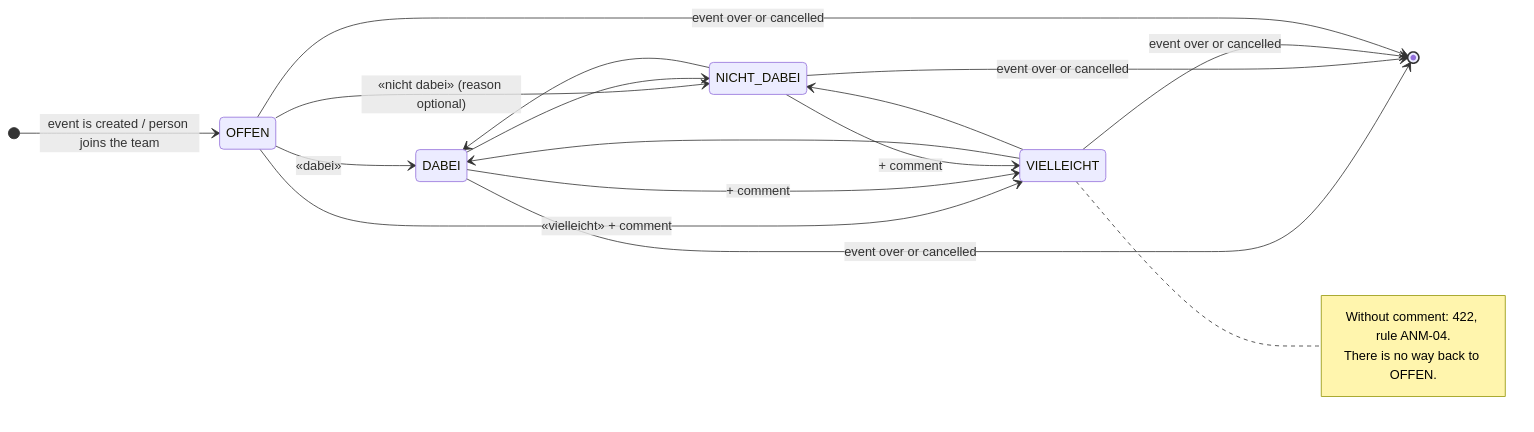
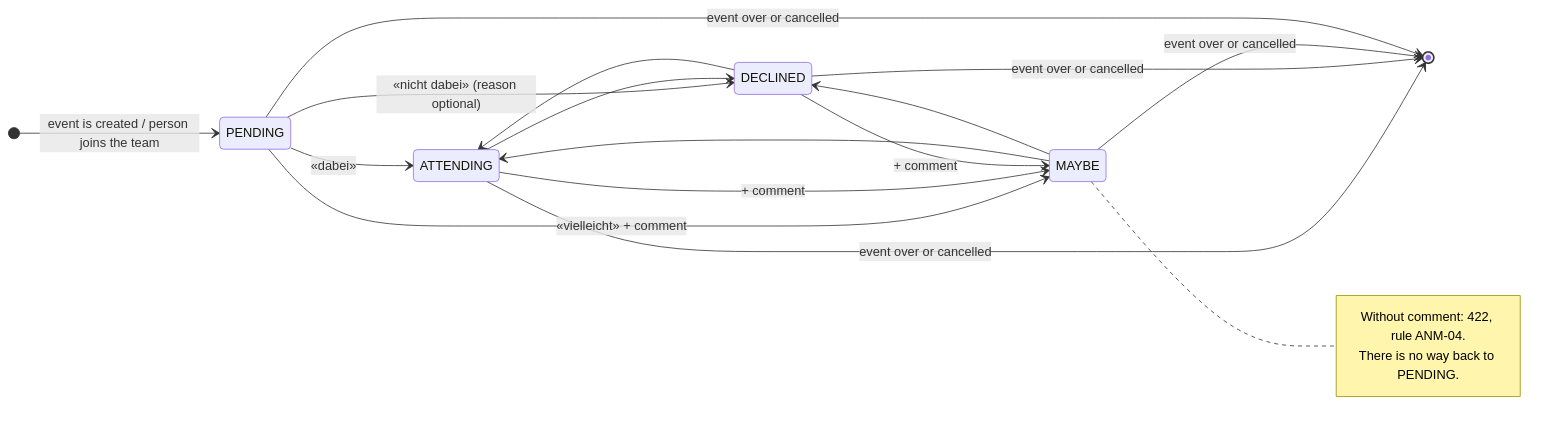
Before and after one commit to cyrilleulmi/StvBeroPlatform: the first of 13 diagrams in docs/states.md, drawn with Mermaid. The commit also changed other lines of this file and 435 other files, not shown here.

````diff
--- a/docs/states.md
+++ b/docs/states.md
@@ -11,23 +11,23 @@
 ```mermaid
 stateDiagram-v2
     direction LR
-    [*] --> OFFEN: event is created / person joins the team
-    OFFEN --> DABEI: «dabei»
-    OFFEN --> NICHT_DABEI: «nicht dabei» (reason optional)
-    OFFEN --> VIELLEICHT: «vielleicht» + comment
-    DABEI --> NICHT_DABEI
-    DABEI --> VIELLEICHT: + comment
-    NICHT_DABEI --> DABEI
-    NICHT_DABEI --> VIELLEICHT: + comment
-    VIELLEICHT --> DABEI
-    VIELLEICHT --> NICHT_DABEI
-    DABEI --> [*]: event over or cancelled
-    NICHT_DABEI --> [*]: event over or cancelled
-    VIELLEICHT --> [*]: event over or cancelled
-    OFFEN --> [*]: event over or cancelled
+    [*] --> PENDING: event is created / person joins the team
+    PENDING --> ATTENDING: «dabei»
+    PENDING --> DECLINED: «nicht dabei» (reason optional)
+    PENDING --> MAYBE: «vielleicht» + comment
+    ATTENDING --> DECLINED
+    ATTENDING --> MAYBE: + comment
+    DECLINED --> ATTENDING
+    DECLINED --> MAYBE: + comment
+    MAYBE --> ATTENDING
+    MAYBE --> DECLINED
+    ATTENDING --> [*]: event over or cancelled
+    DECLINED --> [*]: event over or cancelled
+    MAYBE --> [*]: event over or cancelled
+    PENDING --> [*]: event over or cancelled
 
-    note right of VIELLEICHT
+    note right of MAYBE
         Without comment: 422, rule ANM-04.
-        There is no way back to OFFEN.
+        There is no way back to PENDING.
     end note
 ```
````
